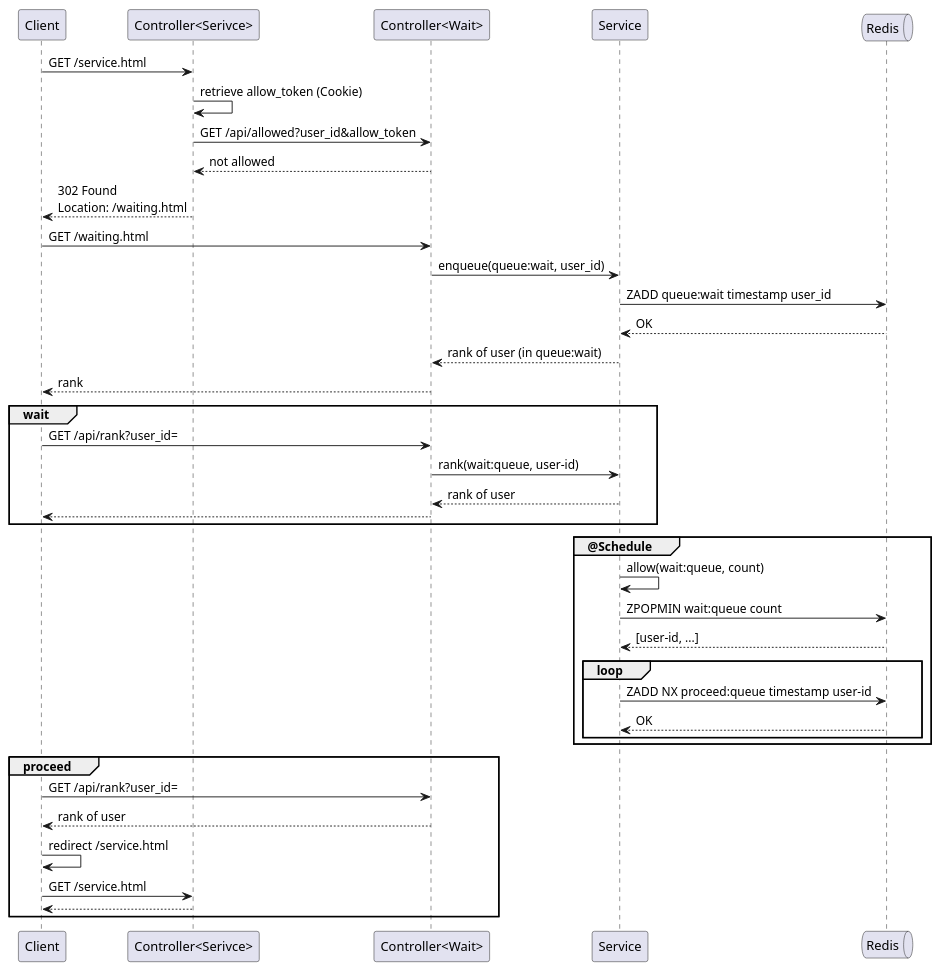
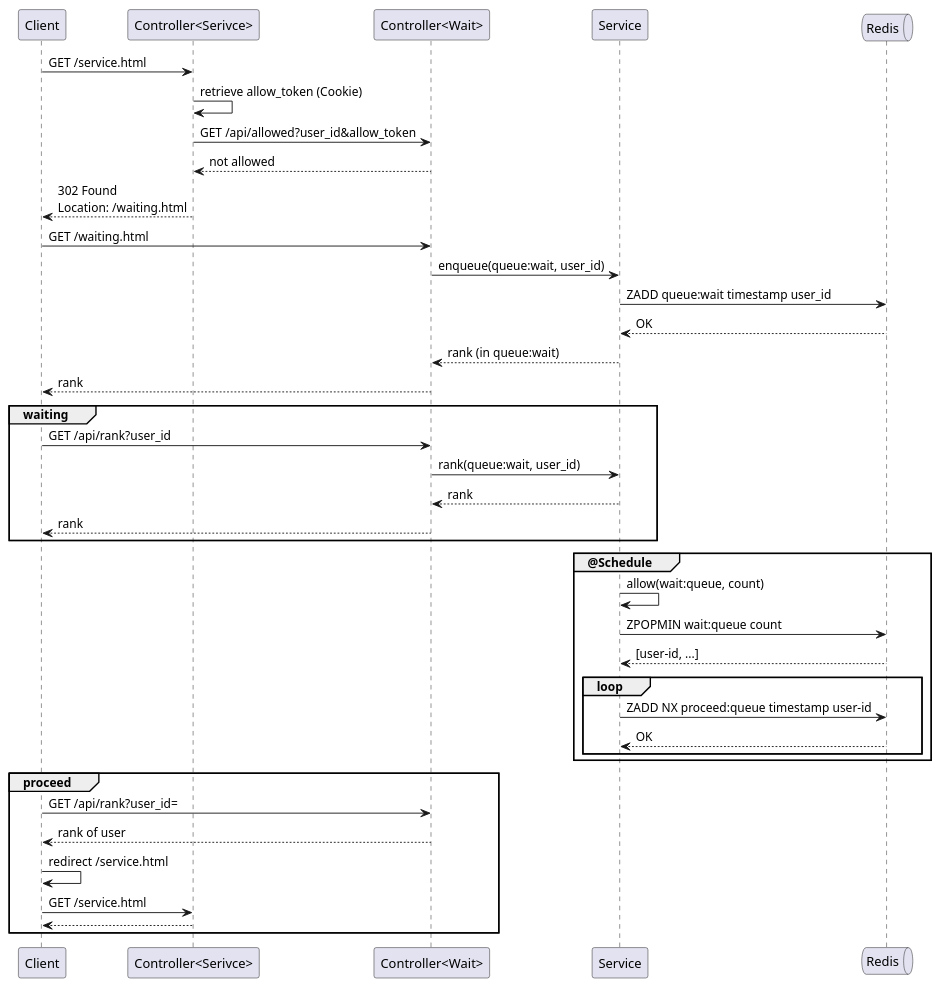
One commit to yanghoon/obsidian-workspace changed the diagram in _diary/2024-06-08.md. Above: the diagram before and after it, drawn with PlantUML.

Commit message:
vault backup: 2024-06-09 19:35:07

````diff
--- a/_diary/2024-06-08.md
+++ b/_diary/2024-06-08.md
@@ -11,49 +11,49 @@
 ```plantuml
 @startuml
 
 participant Client
 participant "Controller<Serivce>" as ServiceController
 participant "Controller<Wait>" as Controller
 participant Service
 queue Redis
 
 Client -> ServiceController: GET /service.html
 ServiceController -> ServiceController: retrieve allow_token (Cookie)
 ServiceController -> Controller: GET /api/allowed?user_id&allow_token
 ServiceController <-- Controller: not allowed
 Client <-- ServiceController: 302 Found\nLocation: /waiting.html
 
 Client -> Controller: GET /waiting.html
 Controller -> Service: enqueue(queue:wait, user_id)
 Service -> Redis: ZADD queue:wait timestamp user_id
 Service <-- Redis: OK
-Controller <-- Service: rank of user (in queue:wait)
+Controller <-- Service: rank (in queue:wait)
 Client <-- Controller: rank
 
-group wait
-Client -> Controller: GET /api/rank?user_id=
-Controller -> Service: rank(wait:queue, user-id)
-Controller <-- Service: rank of user
-Client <-- Controller
+group waiting
+  Client -> Controller: GET /api/rank?user_id
+  Controller -> Service: rank(queue:wait, user_id)
+  Controller <-- Service: rank
+  Client <-- Controller: rank
 end
 
 group @Schedule
   Service -> Service: allow(wait:queue, count)
   Service -> Redis: ZPOPMIN wait:queue count
   Service <-- Redis: [user-id, ...]
   loop
     Service -> Redis: ZADD NX proceed:queue timestamp user-id
     Service <-- Redis: OK
   end
 end
 
 group proceed
   Client -> Controller: GET /api/rank?user_id=
   Client <-- Controller: rank of user
   Client -> Client: redirect /service.html
   Client -> ServiceController: GET /service.html
   Client <-- ServiceController
 end
 
 @enduml
 ```
````
